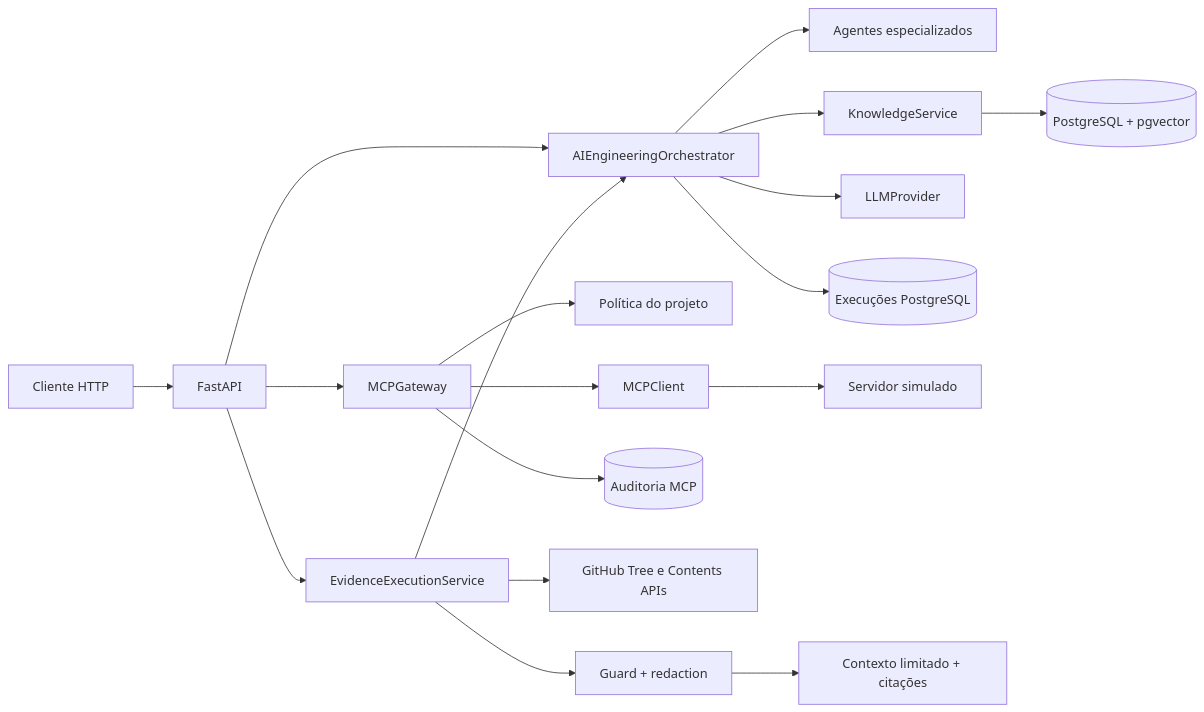
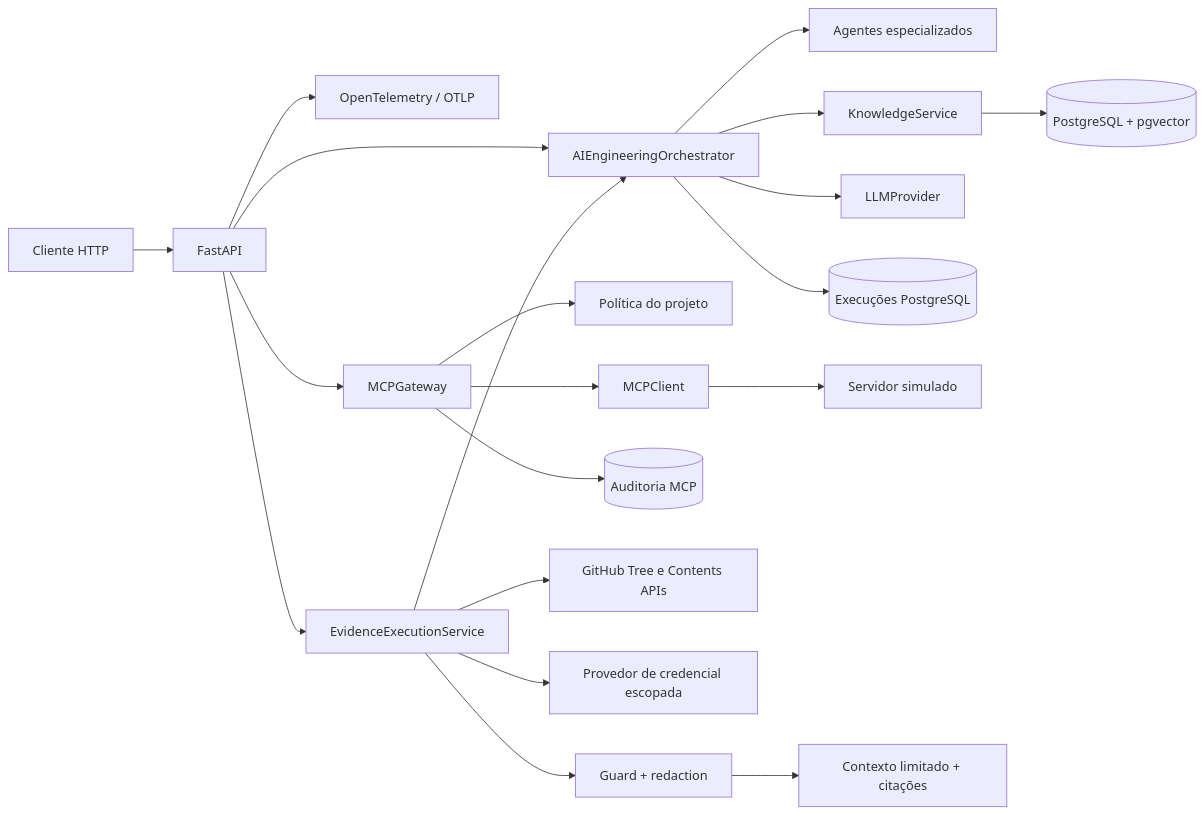
The first of 3 diagrams in docs/pt-BR/guia-arquitetura.md (AriRoberto/ai-engineering-orchestrator), drawn with Mermaid before and after one commit. The commit also changed other lines of this file and 33 other files, not shown here.

````diff
--- a/docs/pt-BR/guia-arquitetura.md
+++ b/docs/pt-BR/guia-arquitetura.md
@@ -8,20 +8,22 @@
 ```mermaid
 flowchart LR
     C[Cliente HTTP] --> API[FastAPI]
+    API --> OT[OpenTelemetry / OTLP]
     API --> O[AIEngineeringOrchestrator]
     O --> A[Agentes especializados]
     O --> K[KnowledgeService]
     O --> L[LLMProvider]
     O --> E[(Execuções PostgreSQL)]
     K --> V[(PostgreSQL + pgvector)]
     API --> M[MCPGateway]
     M --> P[Política do projeto]
     M --> S[MCPClient]
     M --> AU[(Auditoria MCP)]
     S --> D[Servidor simulado]
     API --> EC[EvidenceExecutionService]
     EC --> GH[GitHub Tree e Contents APIs]
+    EC --> CP[Provedor de credencial escopada]
     EC --> CG[Guard + redaction]
     CG --> CB[Contexto limitado + citações]
     EC --> O
 ```
````
